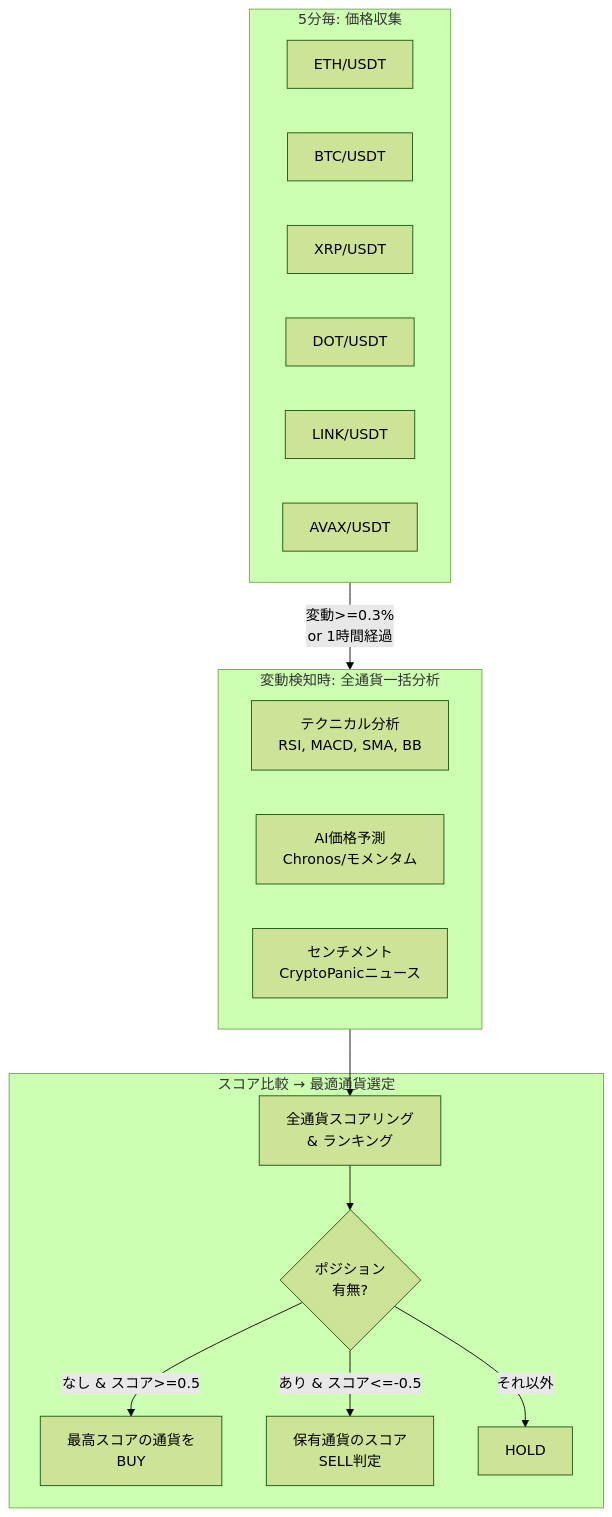
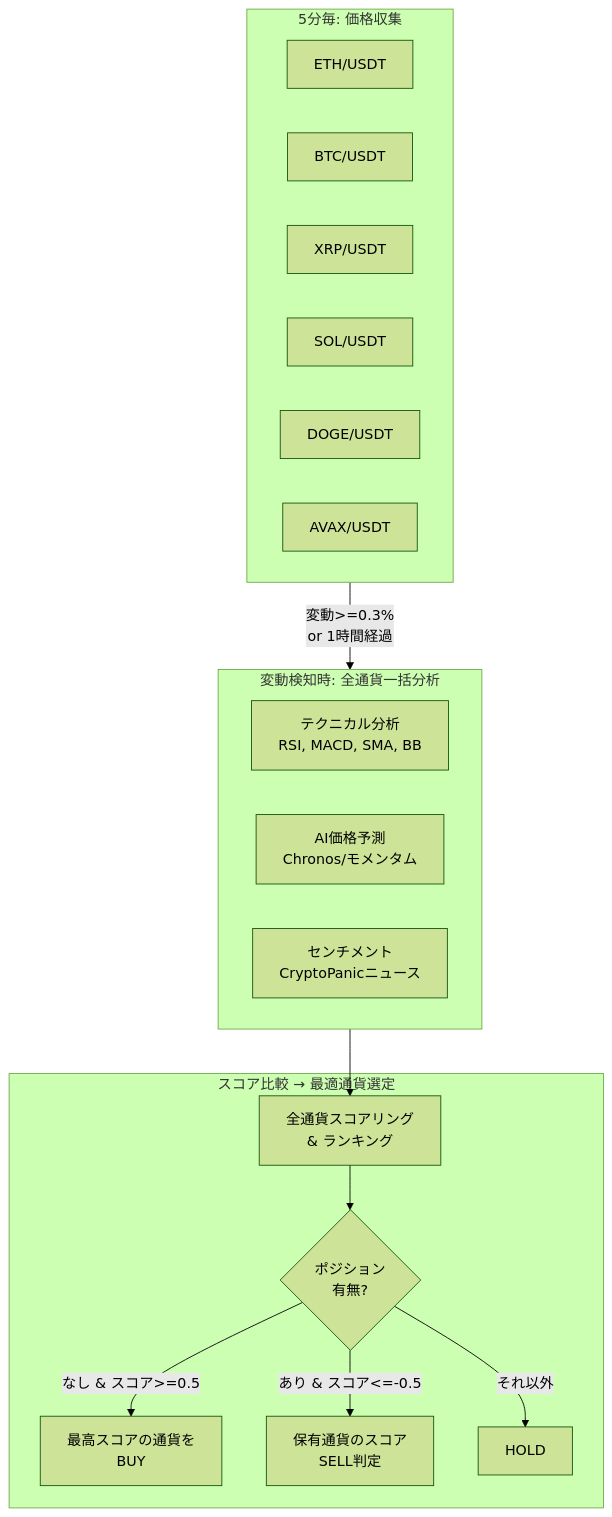
Before and after one commit to kiikun0530/crypto-trader: the diagram in docs/trading-strategy.md, drawn with Mermaid (forest theme). The commit also changed 6 other files, not shown here.

First line of the commit message:
fix: DOT/LINKSOL/DOGE (Coincheck取引所未対応) + 売り注文 最小数量/桁数バリデーション追加

````diff
--- a/docs/trading-strategy.md
+++ b/docs/trading-strategy.md
@@ -9,27 +9,27 @@
 ```mermaid
 flowchart TD
     subgraph 収集["5分毎: 価格収集"]
-        P1["ETH/USDT"] & P2["BTC/USDT"] & P3["XRP/USDT"] & P4["DOT/USDT"] & P5["LINK/USDT"] & P6["AVAX/USDT"]
+        P1["ETH/USDT"] & P2["BTC/USDT"] & P3["XRP/USDT"] & P4["SOL/USDT"] & P5["DOGE/USDT"] & P6["AVAX/USDT"]
     end
 
     subgraph 分析["変動検知時: 全通貨一括分析"]
         A1["テクニカル分析<br/>RSI, MACD, SMA, BB"]
         A2["AI価格予測<br/>Chronos/モメンタム"]
         A3["センチメント<br/>CryptoPanicニュース"]
     end
 
     subgraph 判定["スコア比較 → 最適通貨選定"]
         S["全通貨スコアリング<br/>& ランキング"]
         D{"ポジション<br/>有無?"}
         BUY["最高スコアの通貨を<br/>BUY"]
         SELL["保有通貨のスコア<br/>SELL判定"]
         HOLD["HOLD"]
     end
 
     収集 -->|"変動>=0.3%<br/>or 1時間経過"| 分析
     分析 --> S
     S --> D
     D -->|"なし & スコア>=0.5"| BUY
     D -->|"あり & スコア<=-0.5"| SELL
     D -->|"それ以外"| HOLD
 ```
````
